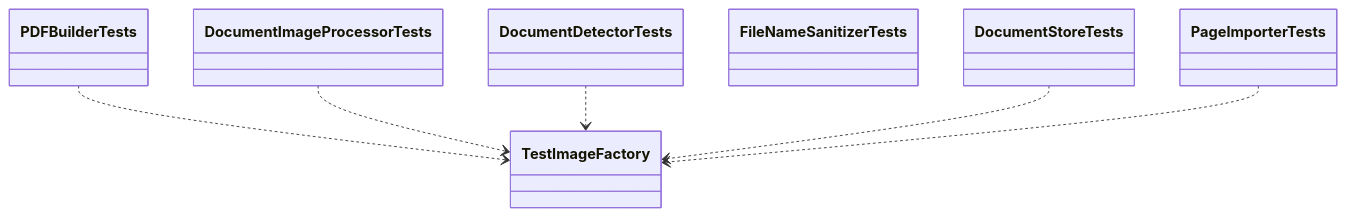
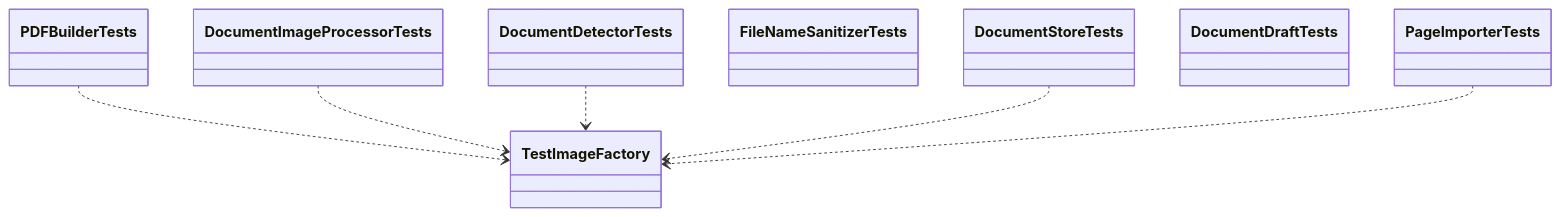
Before and after one commit to gomurin0428/DocScanner: the first of 2 diagrams in DocScannerTests/README.md, drawn with Mermaid. The commit also changed other lines of this file and 8 other files, not shown here.

First line of the commit message:
fix: PageEditView の編集が2回目以降プレビューに反映されない問題を DocumentDraft 共有化で修正

````diff
--- a/DocScannerTests/README.md
+++ b/DocScannerTests/README.md
@@ -74,15 +85,16 @@
 ```mermaid
 classDiagram
     class PDFBuilderTests
     class DocumentImageProcessorTests
     class DocumentDetectorTests
     class FileNameSanitizerTests
     class DocumentStoreTests
+    class DocumentDraftTests
     class PageImporterTests
     class TestImageFactory
     PDFBuilderTests ..> TestImageFactory
     DocumentImageProcessorTests ..> TestImageFactory
     DocumentDetectorTests ..> TestImageFactory
     DocumentStoreTests ..> TestImageFactory
     PageImporterTests ..> TestImageFactory
 ```
````
